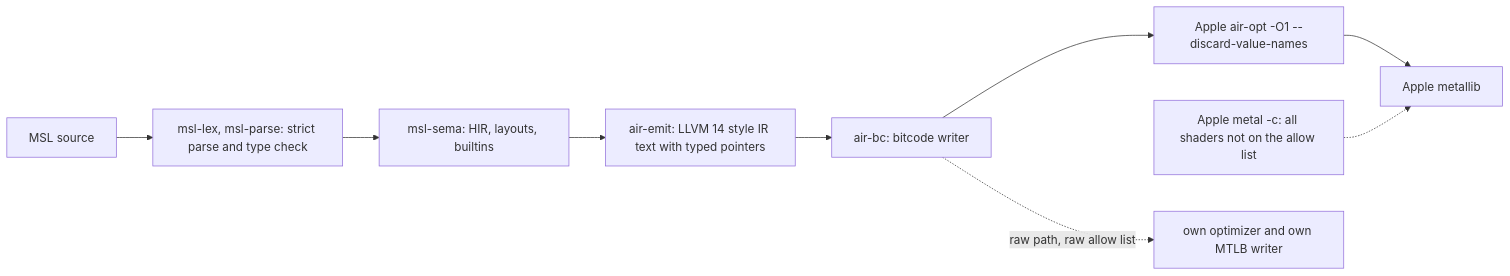
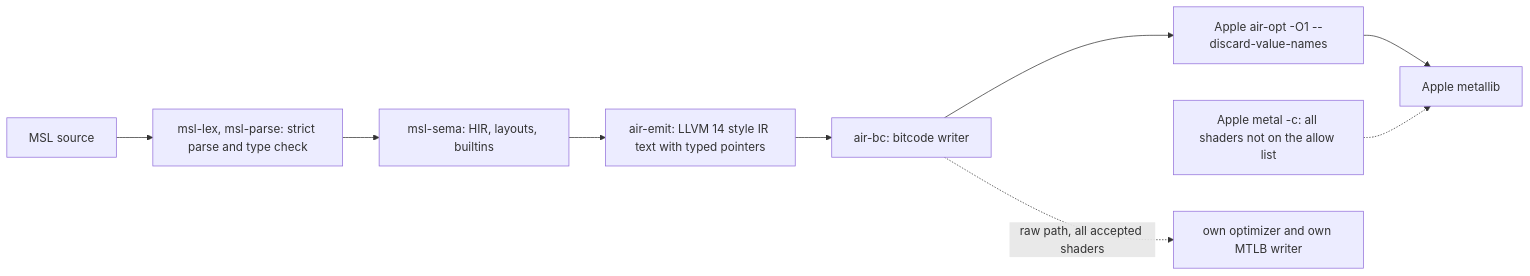
Before and after one commit to ComicBit/nxkit: the diagram in docs/frontend.md, drawn with Mermaid. The commit also changed other lines of this file and 882 other files, not shown here.

Commit message:
Release 0.4.0: rewrite and NRO in Rust, Rust translator, more readers, iOS flows, raw tier on by default

````diff
--- a/docs/frontend.md
+++ b/docs/frontend.md
@@ -13,11 +14,11 @@
 ```mermaid
 flowchart LR
     A["MSL source"] --> B["msl-lex, msl-parse: strict parse and type check"]
     B --> C["msl-sema: HIR, layouts, builtins"]
     C --> D["air-emit: LLVM 14 style IR text with typed pointers"]
     D --> E["air-bc: bitcode writer"]
     E --> F["Apple air-opt -O1 --discard-value-names"]
     F --> G["Apple metallib"]
     X["Apple metal -c: all shaders not on the allow list"] -.-> G
-    E -.->|raw path, raw allow list| R["own optimizer and own MTLB writer"]
+    E -.->|raw path, all accepted shaders| R["own optimizer and own MTLB writer"]
 ```
````
